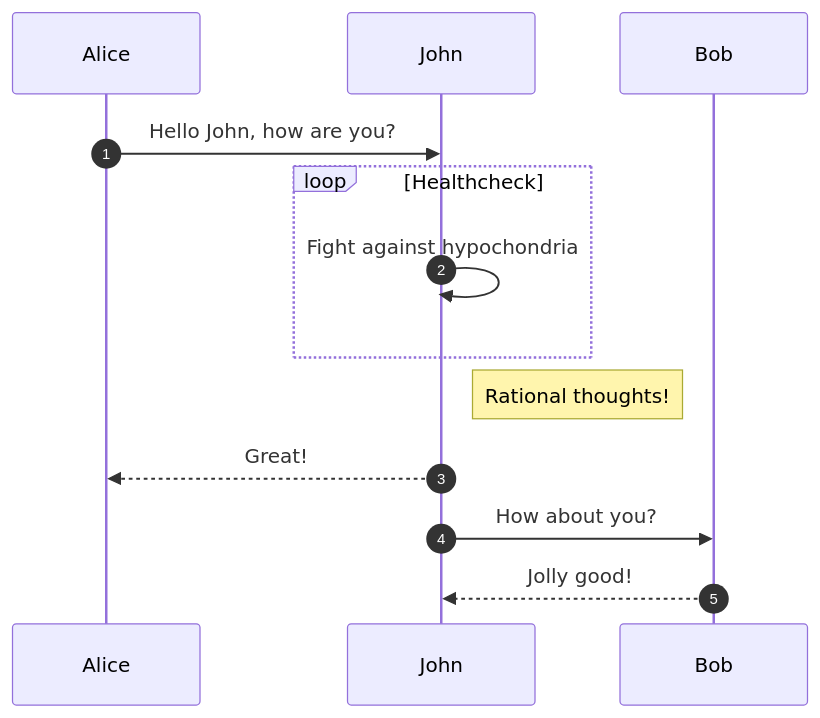
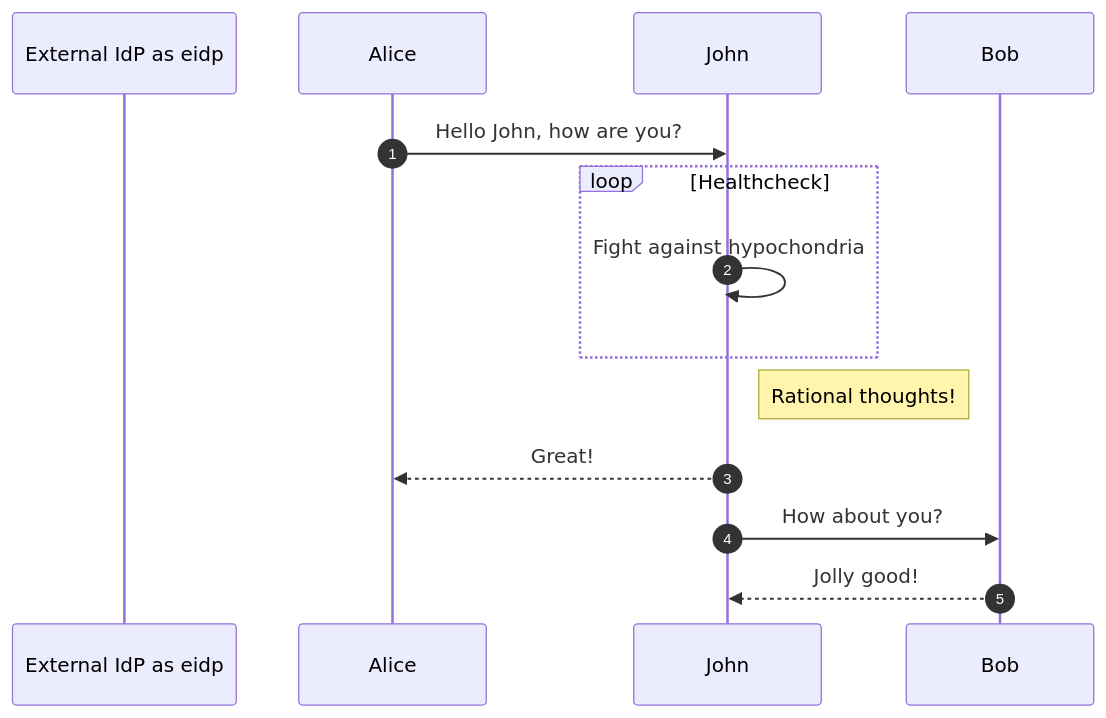
One commit to keshavbaweja-git/workshops changed the diagram in identity-center/flow.md. Above: the diagram before and after it, drawn with Mermaid.

Commit message:
Identity Center

````diff
--- a/identity-center/flow.md
+++ b/identity-center/flow.md
@@ -1,13 +1,15 @@
 ```mermaid
 sequenceDiagram
+    participant External IdP as eidp
     autonumber
+
     Alice->>John: Hello John, how are you?
     loop Healthcheck
         John->>John: Fight against hypochondria
     end
     Note right of John: Rational thoughts!
     John-->>Alice: Great!
     John->>Bob: How about you?
     Bob-->>John: Jolly good!
 
 ```
````
